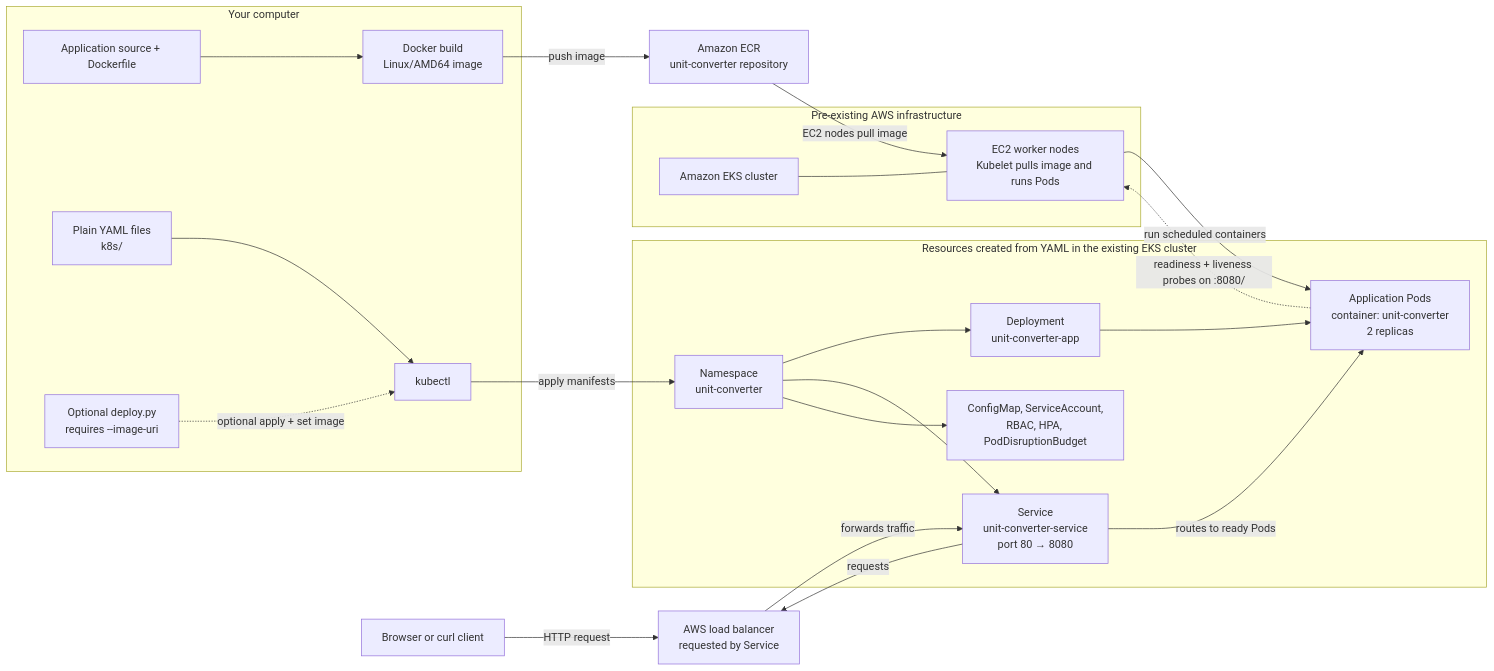
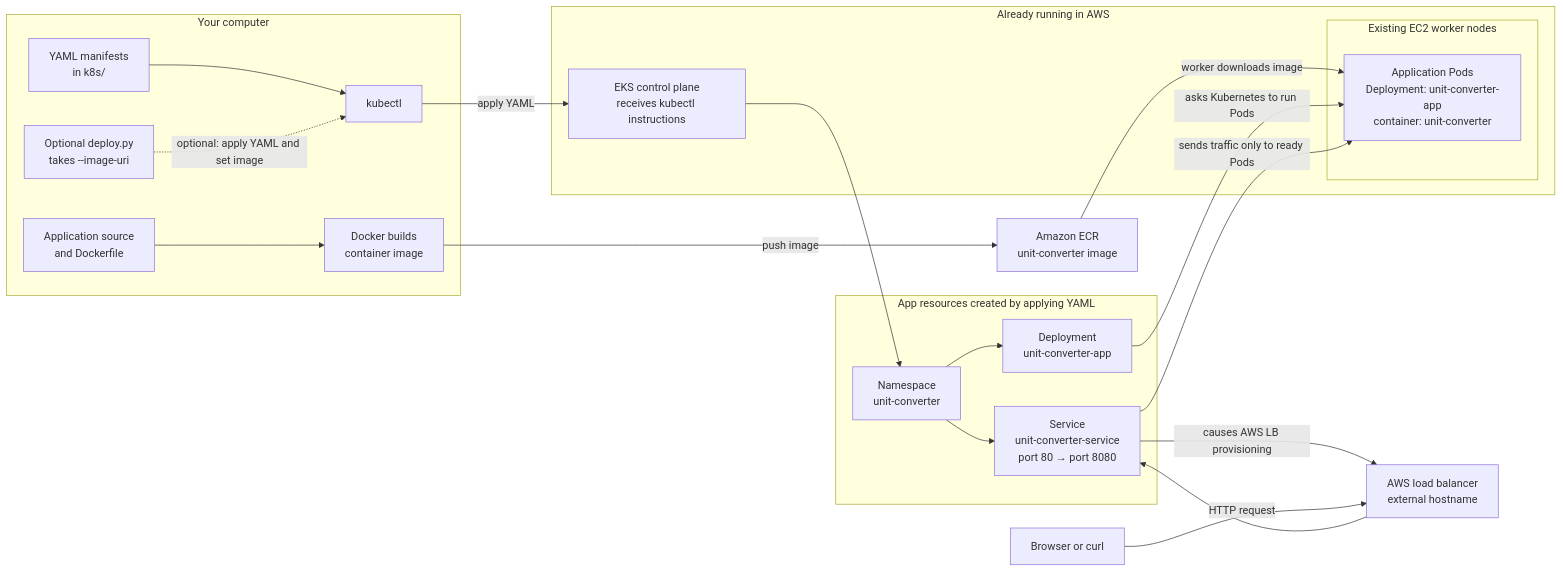
One commit to vijay1912/unit-converter changed the first of 2 diagrams in document.md. Above: the diagram before and after it, drawn with Mermaid. The commit also changed other lines of this file, not shown here.

Commit message:
Clarify Kubernetes architecture for beginners
Explain existing EKS and EC2 resources, the image and request paths, YAML-created app resources, and the optional Python helper in plain language.

````diff
--- a/document.md
+++ b/document.md
@@ -28,45 +48,40 @@
 ```mermaid
 flowchart LR
-    subgraph Existing["Pre-existing AWS infrastructure"]
-        EKS["Amazon EKS cluster"]
-        Workers["EC2 worker nodes<br/>Kubelet pulls image and runs Pods"]
-        EKS --- Workers
+    subgraph YourComputer["Your computer"]
+        Source["Application source<br/>and Dockerfile"]
+        Docker["Docker builds<br/>container image"]
+        Manifests["YAML manifests<br/>in k8s/"]
+        Kubectl["kubectl"]
+        Helper["Optional deploy.py<br/>takes --image-uri"]
     end
 
-    Registry["Amazon ECR<br/>unit-converter repository"]
-    LB["AWS load balancer<br/>requested by Service"]
-    Client["Browser or curl client"]
-
-    subgraph Local["Your computer"]
-        Source["Application source + Dockerfile"]
-        Docker["Docker build<br/>Linux/AMD64 image"]
-        YAML["Plain YAML files<br/>k8s/"]
-        Kubectl["kubectl"]
-        Helper["Optional deploy.py<br/>requires --image-uri"]
+    ECR["Amazon ECR<br/>unit-converter image"]
+    subgraph Existing["Already running in AWS"]
+        Control["EKS control plane<br/>receives kubectl instructions"]
+        subgraph EC2["Existing EC2 worker nodes"]
+            Pod["Application Pods<br/>Deployment: unit-converter-app<br/>container: unit-converter"]
+        end
     end
-
-    subgraph Cluster["Resources created from YAML in the existing EKS cluster"]
+    subgraph Created["App resources created by applying YAML"]
         Namespace["Namespace<br/>unit-converter"]
         Deployment["Deployment<br/>unit-converter-app"]
-        Pods["Application Pods<br/>container: unit-converter<br/>2 replicas"]
-        Service["Service<br/>unit-converter-service<br/>port 80 → 8080"]
-        Support["ConfigMap, ServiceAccount,<br/>RBAC, HPA, PodDisruptionBudget"]
+        Service["Service<br/>unit-converter-service<br/>port 80 → port 8080"]
         Namespace --> Deployment
-        Deployment --> Pods
         Namespace --> Service
-        Namespace --> Support
     end
+    AWSLB["AWS load balancer<br/>external hostname"]
+    User["Browser or curl"]
 
     Source --> Docker
-    Docker -->|"push image"| Registry
-    Registry -->|"EC2 nodes pull image"| Workers
-    Workers -->|"run scheduled containers"| Pods
-    YAML --> Kubectl
-    Kubectl -->|"apply manifests"| Namespace
-    Service -->|"requests"| LB
-    Client -->|"HTTP request"| LB
-    LB -->|"forwards traffic"| Service
-    Service -->|"routes to ready Pods"| Pods
-    Pods -.->|"readiness + liveness probes on :8080/"| Workers
-    Helper -.->|"optional apply + set image"| Kubectl
+    Docker -->|"push image"| ECR
+    ECR -->|"worker downloads image"| Pod
+    Manifests --> Kubectl
+    Kubectl -->|"apply YAML"| Control
+    Control --> Namespace
+    Deployment -->|"asks Kubernetes to run Pods"| Pod
+    Service -->|"causes AWS LB provisioning"| AWSLB
+    User -->|"HTTP request"| AWSLB
+    AWSLB --> Service
+    Service -->|"sends traffic only to ready Pods"| Pod
+    Helper -.->|"optional: apply YAML and set image"| Kubectl
 ```
````
